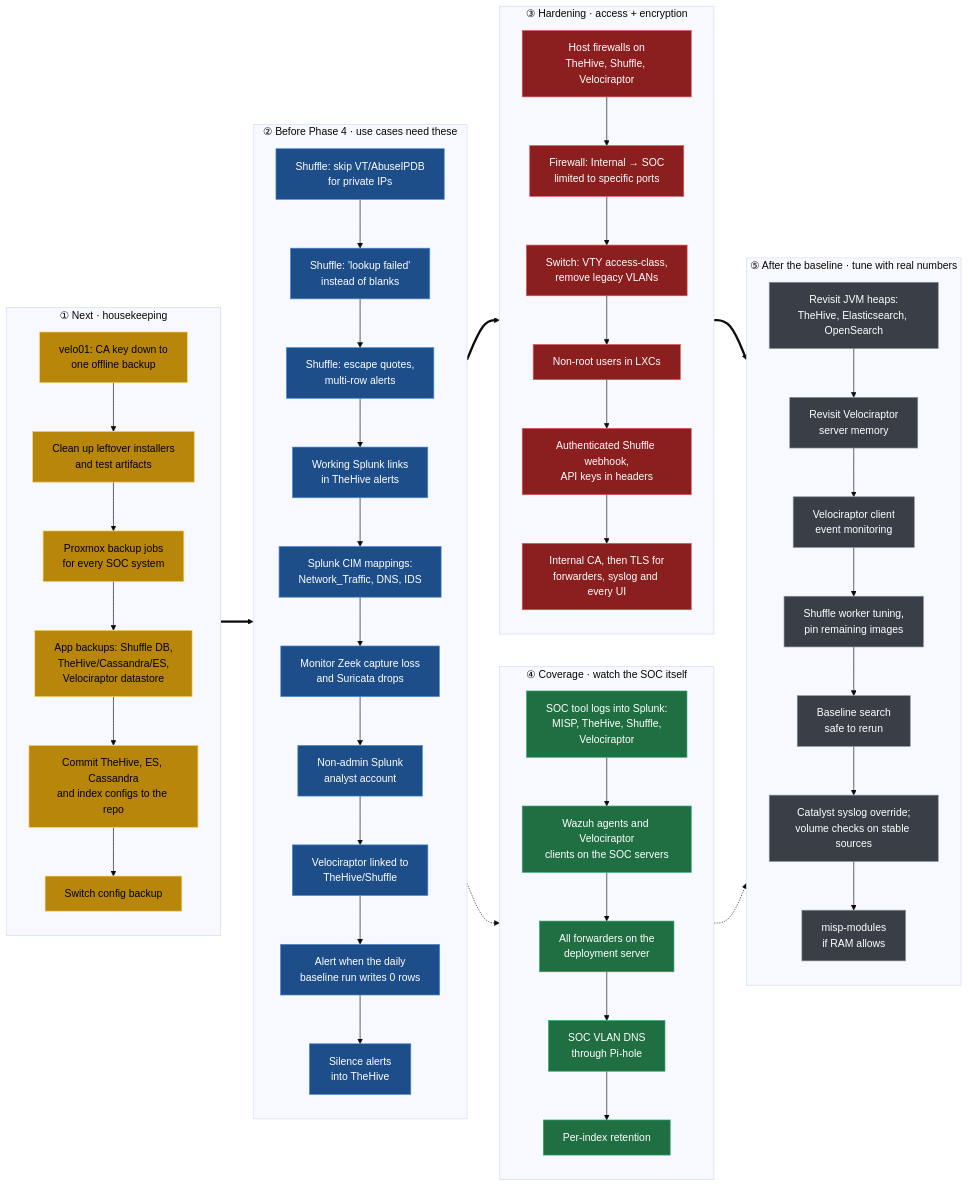
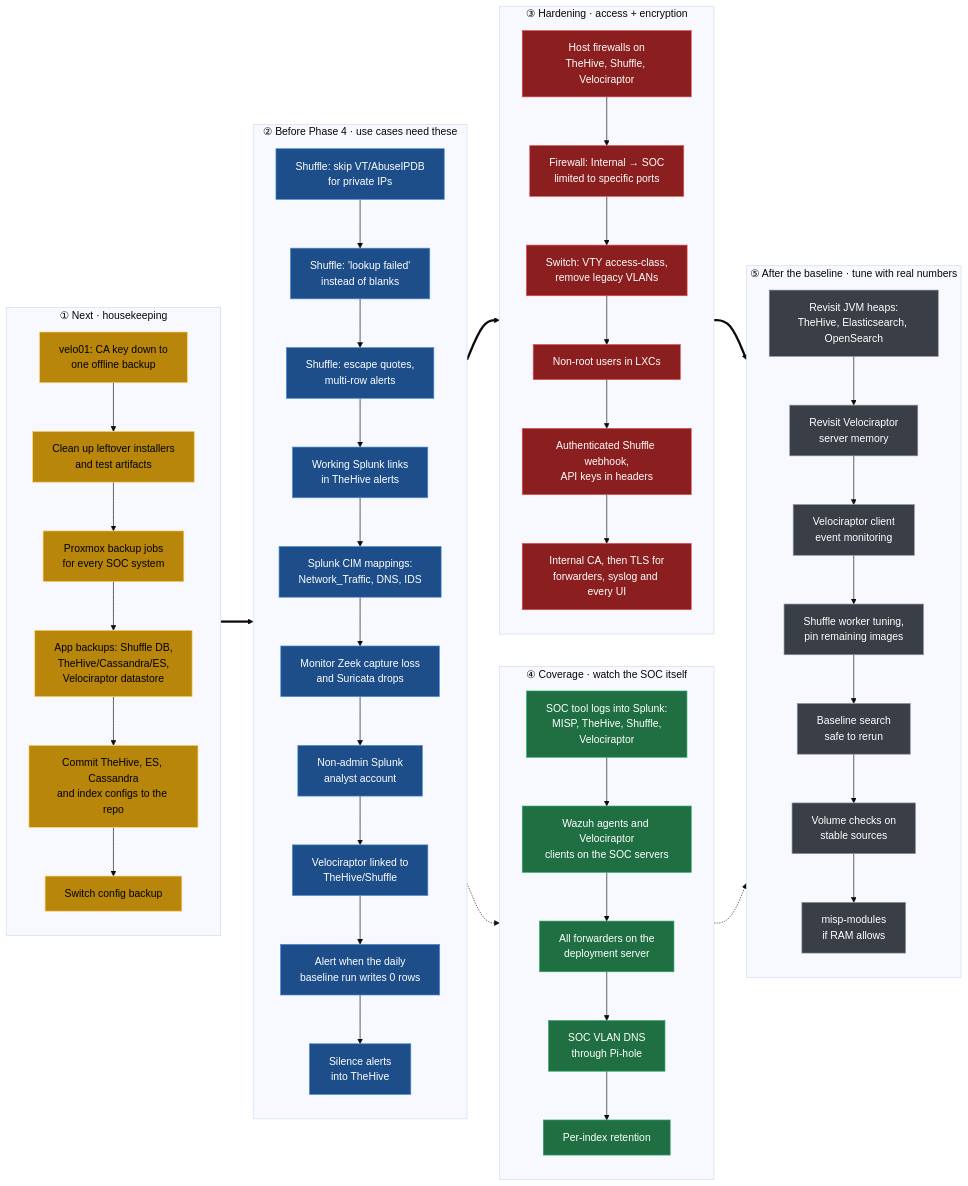
The third of 3 diagrams in 00-START-HERE-Build-Log/ROADMAP.md (caleb57912/SOC-Homelab), drawn with Mermaid (base theme) before and after one commit. The commit also changed 4 other files, not shown here.

Commit message:
3.4 Baseline week: 15-day silence lookback, Catalyst syslog override

````diff
--- a/00-START-HERE-Build-Log/ROADMAP.md
+++ b/00-START-HERE-Build-Log/ROADMAP.md
@@ -73,77 +73,77 @@
 ```mermaid
 flowchart LR
     subgraph T1["① Next · housekeeping"]
         direction TB
         a1["velo01: CA key down to<br/>one offline backup"]
         a2["Clean up leftover installers<br/>and test artifacts"]
         a3["Proxmox backup jobs<br/>for every SOC system"]
         a4["App backups: Shuffle DB,<br/>TheHive/Cassandra/ES,<br/>Velociraptor datastore"]
         a5["Commit TheHive, ES, Cassandra<br/>and index configs to the repo"]
         a6["Switch config backup"]
         a1 --> a2 --> a3 --> a4 --> a5 --> a6
     end
 
     subgraph T2["② Before Phase 4 · use cases need these"]
         direction TB
         b1["Shuffle: skip VT/AbuseIPDB<br/>for private IPs"]
         b2["Shuffle: 'lookup failed'<br/>instead of blanks"]
         b3["Shuffle: escape quotes,<br/>multi-row alerts"]
         b4["Working Splunk links<br/>in TheHive alerts"]
         b5["Splunk CIM mappings:<br/>Network_Traffic, DNS, IDS"]
         b6["Monitor Zeek capture loss<br/>and Suricata drops"]
         b7["Non-admin Splunk<br/>analyst account"]
         b8["Velociraptor linked to<br/>TheHive/Shuffle"]
         b9["Alert when the daily<br/>baseline run writes 0 rows"]
         b10["Silence alerts<br/>into TheHive"]
         b1 --> b2 --> b3 --> b4 --> b5 --> b6 --> b7 --> b8 --> b9 --> b10
     end
 
     subgraph T3["③ Hardening · access + encryption"]
         direction TB
         c1["Host firewalls on<br/>TheHive, Shuffle, Velociraptor"]
         c2["Firewall: Internal → SOC<br/>limited to specific ports"]
         c3["Switch: VTY access-class,<br/>remove legacy VLANs"]
         c4["Non-root users in LXCs"]
         c5["Authenticated Shuffle webhook,<br/>API keys in headers"]
         c6["Internal CA, then TLS for<br/>forwarders, syslog and every UI"]
         c1 --> c2 --> c3 --> c4 --> c5 --> c6
     end
 
     subgraph T4["④ Coverage · watch the SOC itself"]
         direction TB
         d1["SOC tool logs into Splunk:<br/>MISP, TheHive, Shuffle,<br/>Velociraptor"]
         d2["Wazuh agents and Velociraptor<br/>clients on the SOC servers"]
         d3["All forwarders on the<br/>deployment server"]
         d4["SOC VLAN DNS<br/>through Pi-hole"]
         d5["Per-index retention"]
         d1 --> d2 --> d3 --> d4 --> d5
     end
 
     subgraph T5["⑤ After the baseline · tune with real numbers"]
         direction TB
         e1["Revisit JVM heaps:<br/>TheHive, Elasticsearch, OpenSearch"]
         e2["Revisit Velociraptor<br/>server memory"]
         e3["Velociraptor client<br/>event monitoring"]
         e4["Shuffle worker tuning,<br/>pin remaining images"]
         e5["Baseline search<br/>safe to rerun"]
-        e6["Catalyst syslog override;<br/>volume checks on stable sources"]
+        e6["Volume checks on<br/>stable sources"]
         e7["misp-modules<br/>if RAM allows"]
         e1 --> e2 --> e3 --> e4 --> e5 --> e6 --> e7
     end
 
     T1 ==> T2 ==> T3
     T2 -.-> T4
     T3 ==> T5
     T4 -.-> T5
 
     classDef now fill:#b8860b,stroke:#ffd166,color:#000000
     classDef pre fill:#1d4e89,stroke:#4c8ed9,color:#ffffff
     classDef hard fill:#8b1e1e,stroke:#e05252,color:#ffffff
     classDef cov fill:#1f6f43,stroke:#2ea86b,color:#ffffff
     classDef tune fill:#3a3f47,stroke:#8a929c,color:#ffffff
     class a1,a2,a3,a4,a5,a6 now
     class b1,b2,b3,b4,b5,b6,b7,b8,b9,b10 pre
     class c1,c2,c3,c4,c5,c6 hard
     class d1,d2,d3,d4,d5 cov
     class e1,e2,e3,e4,e5,e6,e7 tune
 ```
````
